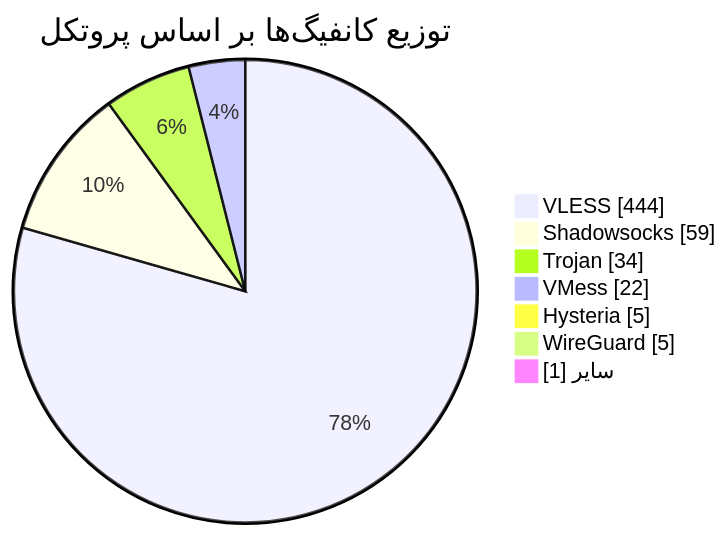
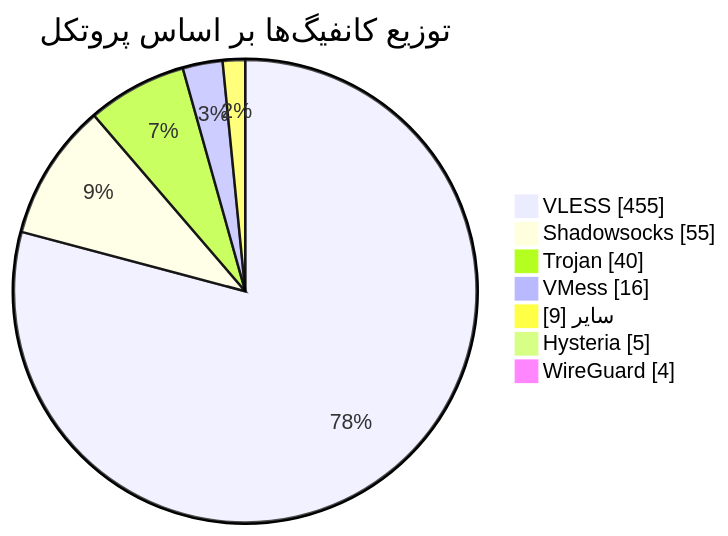
One commit to Arian-Alijani/Somthing changed the diagram in README.md. Above: the diagram before and after it, drawn with Mermaid. The commit also changed other lines of this file and 21 other files, not shown here.

````diff
--- a/README.md
+++ b/README.md
@@ -49,11 +49,11 @@
 ```mermaid
 pie showData
     title توزیع کانفیگ‌ها بر اساس پروتکل
-    "VLESS" : 444
-    "Shadowsocks" : 59
-    "Trojan" : 34
-    "VMess" : 22
+    "VLESS" : 455
+    "Shadowsocks" : 55
+    "Trojan" : 40
+    "VMess" : 16
+    "سایر" : 9
     "Hysteria" : 5
-    "WireGuard" : 5
-    "سایر" : 1
+    "WireGuard" : 4
 ```
````
